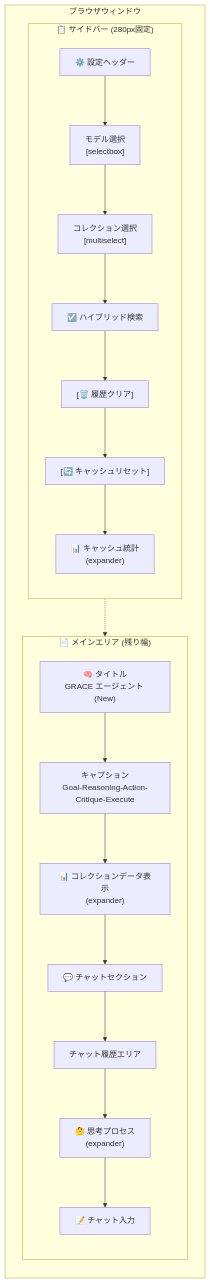
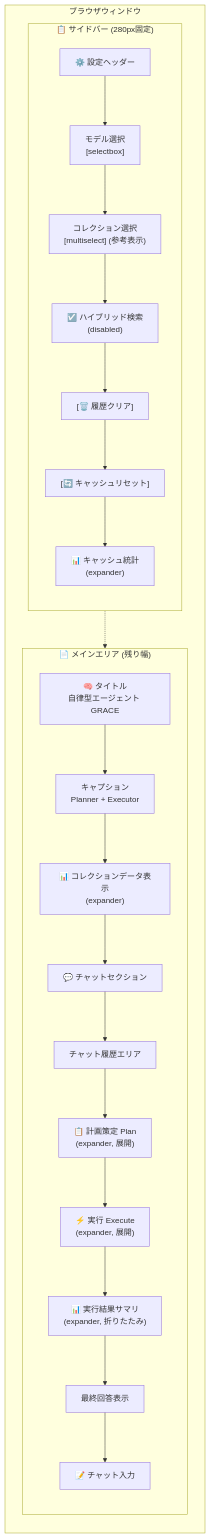
Before and after one commit to nakashima2toshio/gemini_grace_agent: the third of 13 diagrams in ui/doc/grace_chat_page.md, drawn with Mermaid. The commit also changed other lines of this file and 26 other files, not shown here.

````diff
--- a/ui/doc/grace_chat_page.md
+++ b/ui/doc/grace_chat_page.md
@@ -106,30 +142,33 @@
 ```mermaid
 flowchart TB
     subgraph Browser["ブラウザウィンドウ"]
         direction TB
         subgraph Sidebar["📋 サイドバー (280px固定)"]
             direction TB
             S1["⚙️ 設定ヘッダー"]
             S2["モデル選択<br/>[selectbox]"]
-            S3["コレクション選択<br/>[multiselect]"]
-            S4["☑️ ハイブリッド検索"]
+            S3["コレクション選択<br/>[multiselect] (参考表示)"]
+            S4["☑️ ハイブリッド検索<br/>(disabled)"]
             S5["[🗑️ 履歴クリア]"]
             S6["[🔄 キャッシュリセット]"]
             S7["📊 キャッシュ統計<br/>(expander)"]
             S1 --> S2 --> S3 --> S4 --> S5 --> S6 --> S7
         end
         subgraph Main["📄 メインエリア (残り幅)"]
             direction TB
-            M1["🧠 タイトル<br/>GRACE エージェント (New)"]
-            M2["キャプション<br/>Goal-Reasoning-Action-Critique-Execute"]
+            M1["🧠 タイトル<br/>自律型エージェント GRACE"]
+            M2["キャプション<br/>Planner + Executor"]
             M3["📊 コレクションデータ表示<br/>(expander)"]
             M4["💬 チャットセクション"]
             M5["チャット履歴エリア"]
-            M6["🤔 思考プロセス<br/>(expander)"]
-            M7["📝 チャット入力"]
-            M1 --> M2 --> M3 --> M4 --> M5 --> M6 --> M7
+            M6["📋 計画策定 Plan<br/>(expander, 展開)"]
+            M7["⚡ 実行 Execute<br/>(expander, 展開)"]
+            M8["📊 実行結果サマリ<br/>(expander, 折りたたみ)"]
+            M9["最終回答表示"]
+            M10["📝 チャット入力"]
+            M1 --> M2 --> M3 --> M4 --> M5 --> M6 --> M7 --> M8 --> M9 --> M10
         end
     end
 
     Sidebar -.-> Main
 ```
````
